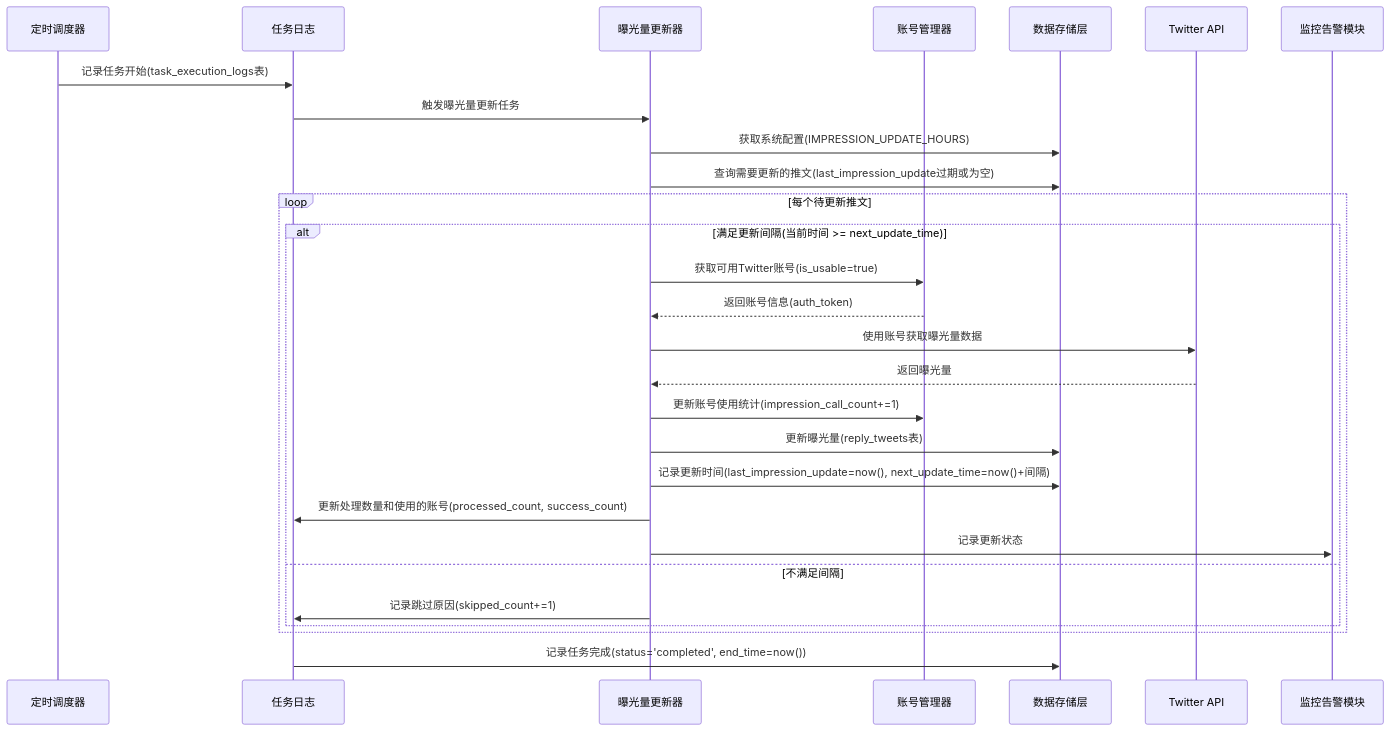
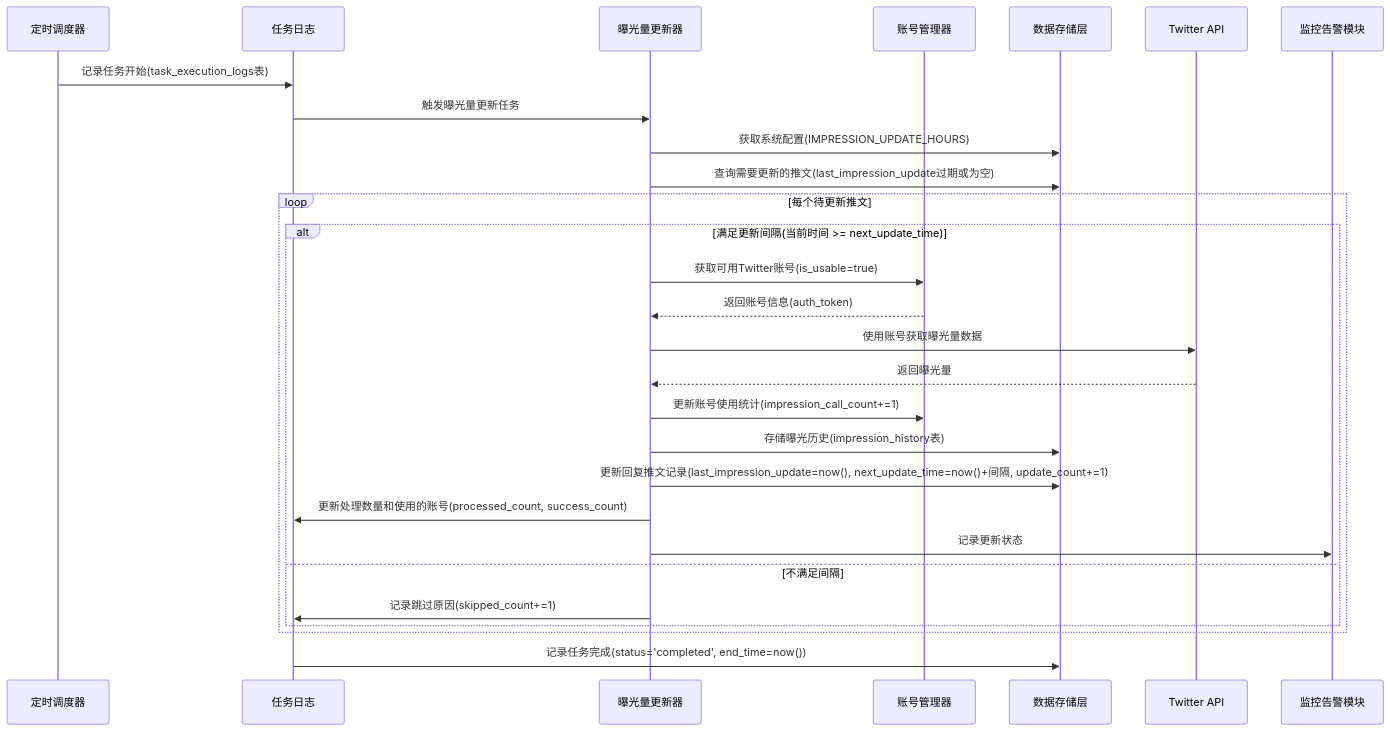
Before and after one commit to Taskon-xyz/AIProduct: the fourth of 6 diagrams in tech.md, drawn with Mermaid. The commit also changed other lines of this file, not shown here.

````diff
--- a/tech.md
+++ b/tech.md
@@ -514,31 +526,31 @@
 ```mermaid
 sequenceDiagram
     participant Scheduler as 定时调度器
     participant TaskLog as 任务日志
     participant Impression as 曝光量更新器
     participant AccountManager as 账号管理器
     participant Storage as 数据存储层
     participant Twitter as Twitter API
     participant Monitor as 监控告警模块
 
     Scheduler->>TaskLog: 记录任务开始(task_execution_logs表)
     TaskLog->>Impression: 触发曝光量更新任务
     Impression->>Storage: 获取系统配置(IMPRESSION_UPDATE_HOURS)
     Impression->>Storage: 查询需要更新的推文(last_impression_update过期或为空)
     loop 每个待更新推文
         alt 满足更新间隔(当前时间 >= next_update_time)
             Impression->>AccountManager: 获取可用Twitter账号(is_usable=true)
             AccountManager-->>Impression: 返回账号信息(auth_token)
             Impression->>Twitter: 使用账号获取曝光量数据
             Twitter-->>Impression: 返回曝光量
             Impression->>AccountManager: 更新账号使用统计(impression_call_count+=1)
-            Impression->>Storage: 更新曝光量(reply_tweets表)
-            Impression->>Storage: 记录更新时间(last_impression_update=now(), next_update_time=now()+间隔)
+            Impression->>Storage: 存储曝光历史(impression_history表)
+            Impression->>Storage: 更新回复推文记录(last_impression_update=now(), next_update_time=now()+间隔, update_count+=1)
             Impression->>TaskLog: 更新处理数量和使用的账号(processed_count, success_count)
             Impression->>Monitor: 记录更新状态
         else 不满足间隔
             Impression->>TaskLog: 记录跳过原因(skipped_count+=1)
         end
     end
     TaskLog->>Storage: 记录任务完成(status='completed', end_time=now())
 ```
````
